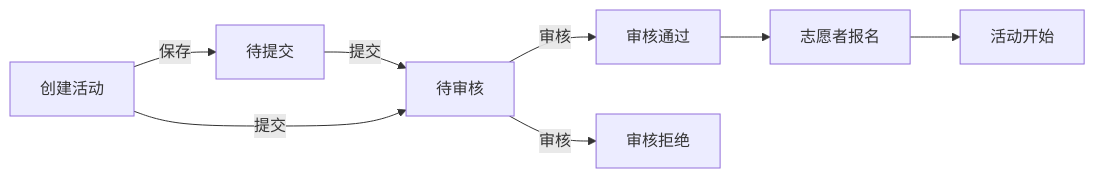
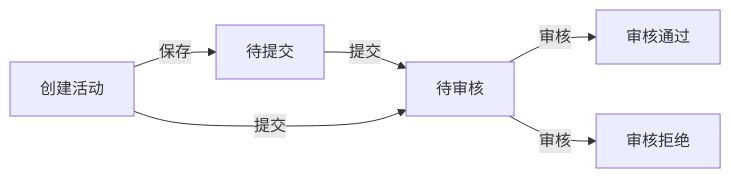
Before and after one commit to SaintKayLuk/ZA-user-manual: the fifth of 10 diagrams in 刑侦反骗码用户后台/刑侦反骗码用户后台-用户手册.md, drawn with Mermaid. The commit also changed other lines of this file and 12 other files, not shown here.

````diff
--- a/刑侦反骗码用户后台/刑侦反骗码用户后台-用户手册.md
+++ b/刑侦反骗码用户后台/刑侦反骗码用户后台-用户手册.md
@@ -489,7 +489,7 @@
-  ```mermaid
-  graph LR
-    1[创建活动] -- 保存 --> 2[待提交] -- 提交 --> 3[待审核]
-    1[创建活动] -- 提交 --> 3[待审核]
-    3[待审核] -- 审核 --> 4[审核通过] --> 6[志愿者报名] --> 7[活动开始]
-    3[待审核] -- 审核 --> 5[审核拒绝]
-  ```
+```mermaid
+graph LR
+  1[创建活动] -- 保存 --> 2[待提交] -- 提交 --> 3[待审核]
+  1[创建活动] -- 提交 --> 3[待审核]
+  3[待审核] -- 审核 --> 4[审核通过]
+  3[待审核] -- 审核 --> 5[审核拒绝]
+```
````
